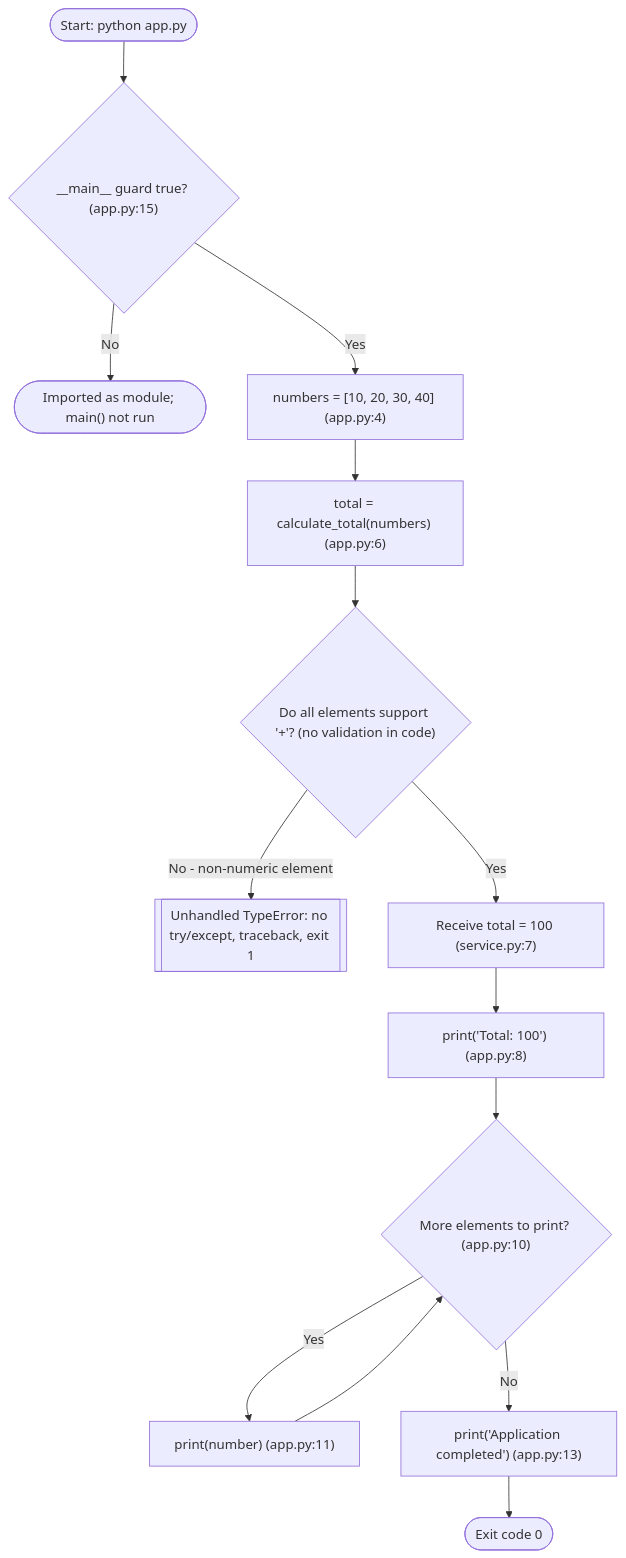
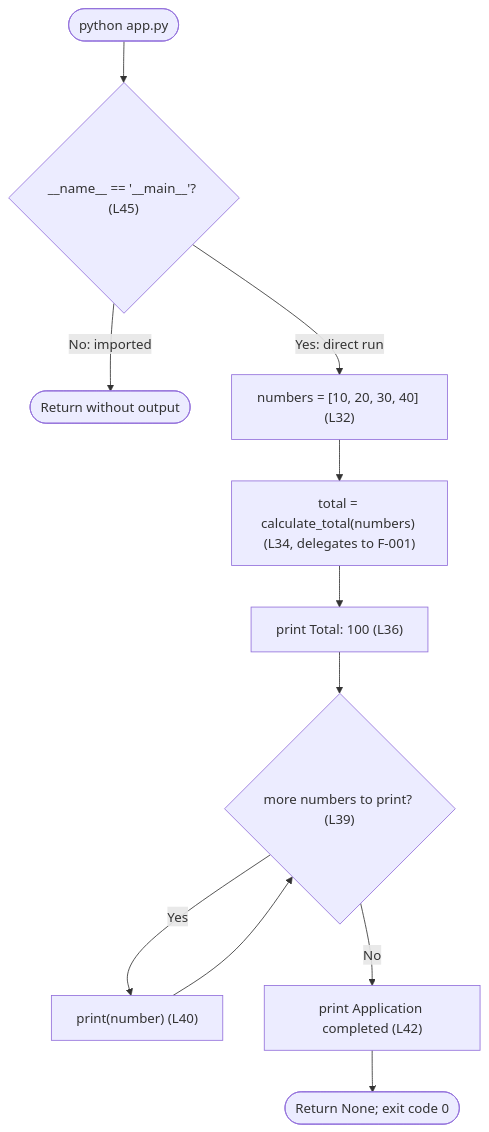
One commit to lakshya-blitzy/600K_ParentRepo changed the fifth of 43 diagrams in blitzy/documentation/Technical Specifications.md. Above: the diagram before and after it, drawn with Mermaid. The commit also changed other lines of this file, not shown here.

````diff
--- a/blitzy/documentation/Technical Specifications.md
+++ b/blitzy/documentation/Technical Specifications.md
@@ -992,16 +976,13 @@
 ```mermaid
 flowchart TD
-    Start(["Start: python app.py"]) --> G{"__main__ guard true? (app.py:15)"}
-    G -->|"No"| NoRun(["Imported as module; main() not run"])
-    G -->|"Yes"| Init["numbers = [10, 20, 30, 40] (app.py:4)"]
-    Init --> Call["total = calculate_total(numbers) (app.py:6)"]
-    Call --> Numeric{"Do all elements support '+'? (no validation in code)"}
-    Numeric -->|"No - non-numeric element"| TErr[["Unhandled TypeError: no try/except, traceback, exit 1"]]
-    Numeric -->|"Yes"| Ret["Receive total = 100 (service.py:7)"]
-    Ret --> PT["print('Total: 100') (app.py:8)"]
-    PT --> Loop{"More elements to print? (app.py:10)"}
-    Loop -->|"Yes"| PN["print(number) (app.py:11)"]
-    PN --> Loop
-    Loop -->|"No"| PD["print('Application completed') (app.py:13)"]
-    PD --> End(["Exit code 0"])
+    Start(["python app.py"]) --> G{"__name__ == '__main__'? (L45)"}
+    G -->|"No: imported"| Imp(["Return without output"])
+    G -->|"Yes: direct run"| N["numbers = [10, 20, 30, 40] (L32)"]
+    N --> C["total = calculate_total(numbers) (L34, delegates to F-001)"]
+    C --> PT["print Total: 100 (L36)"]
+    PT --> D{"more numbers to print? (L39)"}
+    D -->|"Yes"| P["print(number) (L40)"]
+    P --> D
+    D -->|"No"| AC["print Application completed (L42)"]
+    AC --> E(["Return None; exit code 0"])
 ```
````
